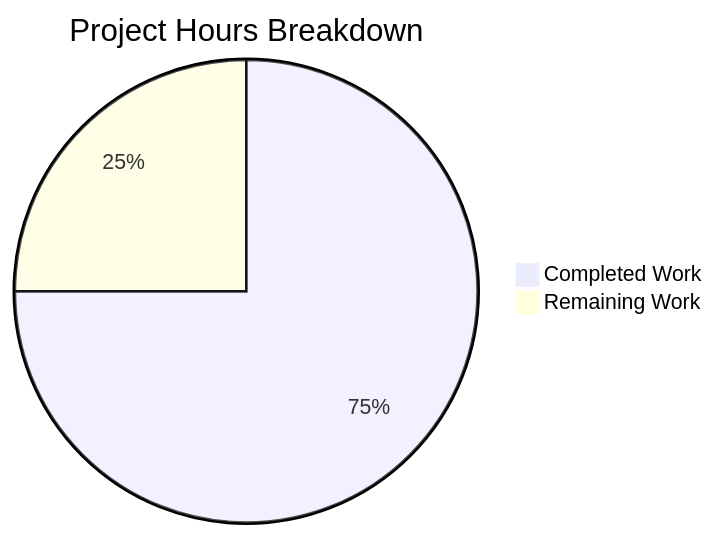
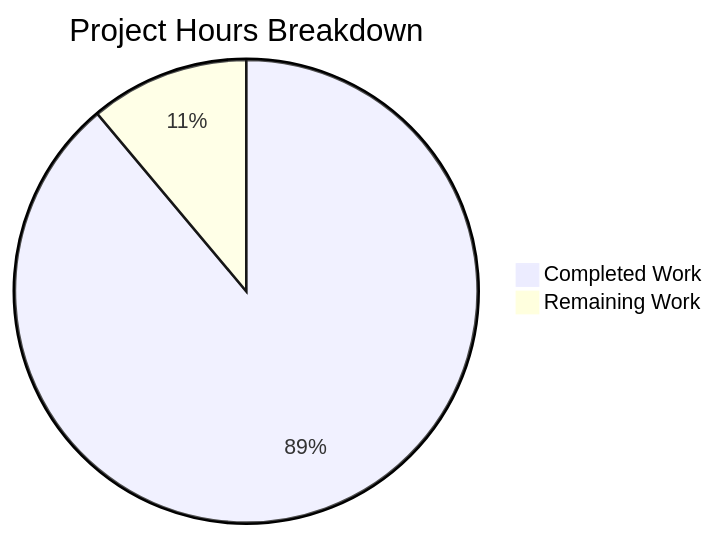
Before and after one commit to TestadoBlitzy/Existing-product: the second of 2 diagrams in blitzy/documentation/Project Guide.md, drawn with Mermaid. The commit also changed other lines of this file, not shown here.

Commit message:
Adding Blitzy Project Guide: Project Status and Human Tasks Remaining

````diff
--- a/blitzy/documentation/Project Guide.md
+++ b/blitzy/documentation/Project Guide.md
@@ -168,5 +185,5 @@
 ```mermaid
 pie title Project Hours Breakdown
-    "Completed Work" : 4.5
-    "Remaining Work" : 1.5
+    "Completed Work" : 24
+    "Remaining Work" : 3
 ```
````
